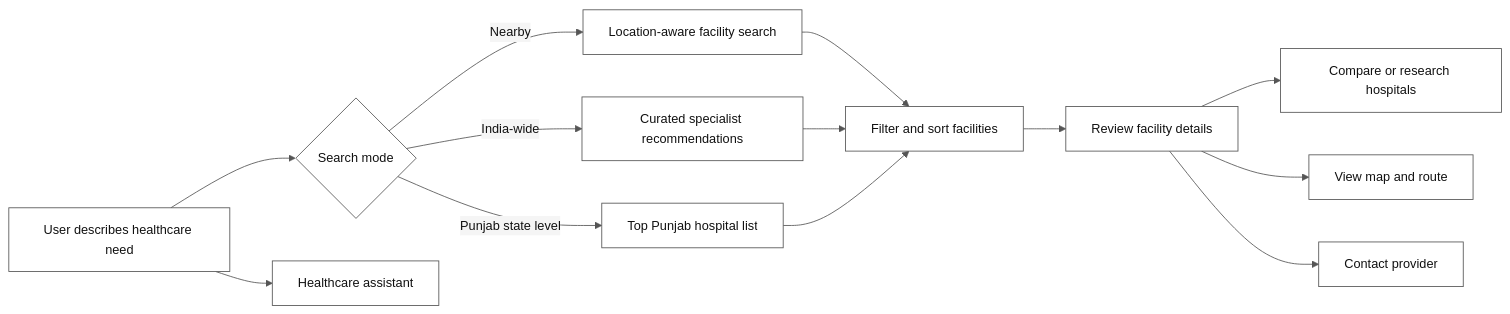
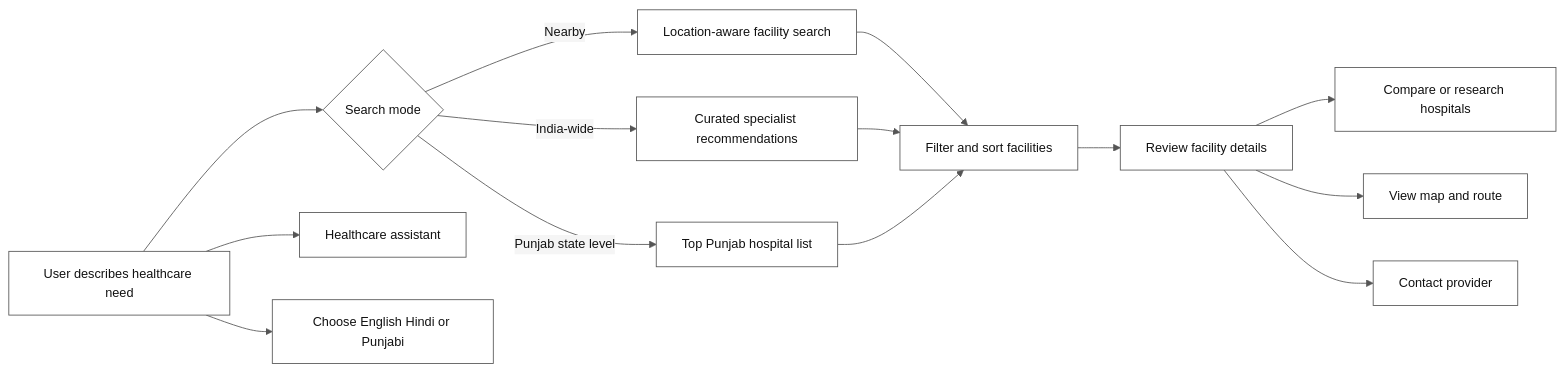
Before and after one commit to vanshkatnor1505/BuiltTechies: the first of 3 diagrams in PROJECT INFORMATION/PROJECT-OVERVIEW.md, drawn with Mermaid. The commit also changed other lines of this file, not shown here.

````diff
--- a/PROJECT INFORMATION/PROJECT-OVERVIEW.md
+++ b/PROJECT INFORMATION/PROJECT-OVERVIEW.md
@@ -20,16 +22,17 @@
 ```mermaid
 %%{init: {'theme':'base', 'themeVariables': {'primaryColor':'#ffffff','primaryTextColor':'#111111','primaryBorderColor':'#555555','lineColor':'#555555','secondaryColor':'#f5f5f5','tertiaryColor':'#ffffff','fontSize':'15px','darkMode':false,'background':'#ffffff'}}}%%
 flowchart LR
     A[User describes healthcare need] --> B{Search mode}
     B -->|Nearby| C[Location-aware facility search]
     B -->|India-wide| D[Curated specialist recommendations]
     B -->|Punjab state level| E[Top Punjab hospital list]
     C --> F[Filter and sort facilities]
     D --> F
     E --> F
     F --> G[Review facility details]
     G --> H[Compare or research hospitals]
     G --> I[View map and route]
     G --> J[Contact provider]
     A --> K[Healthcare assistant]
+    A --> L[Choose English Hindi or Punjabi]
 ```
````
